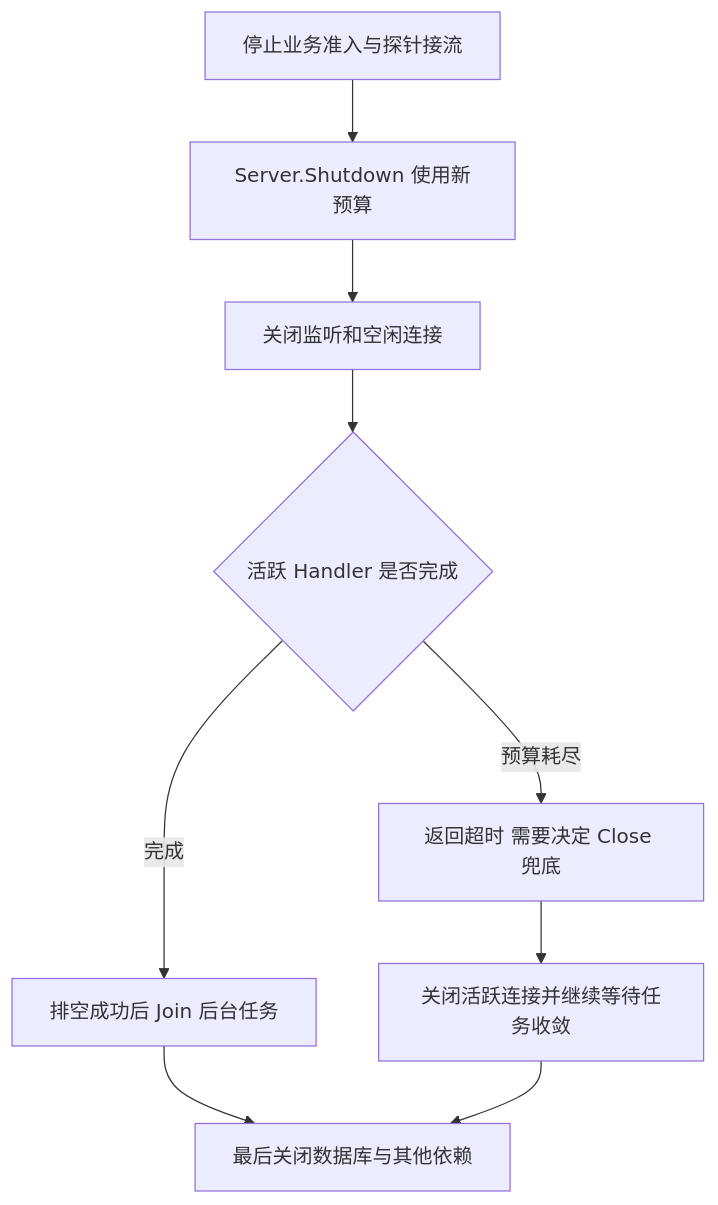
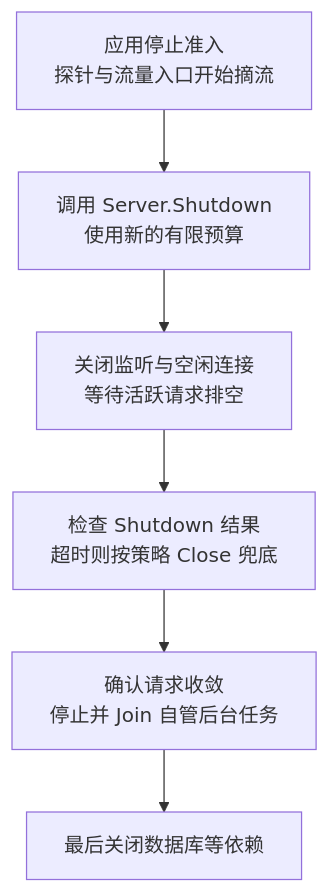
One commit to newswitch/newswitch.github.io changed the diagram in docs/development/go/03-library-io/08-HTTP服务端路由超时与退出.md. Above: the diagram before and after it, drawn with Mermaid. The commit also changed other lines of this file and 23 other files, not shown here.

Commit message:
docs(go-gin): add concept diagrams and improve mobile readability

````diff
--- a/docs/development/go/03-library-io/08-HTTP服务端路由超时与退出.md
+++ b/docs/development/go/03-library-io/08-HTTP服务端路由超时与退出.md
@@ -68,11 +68,8 @@
 ```mermaid
 flowchart TD
-    A["停止业务准入与探针接流"] --> B["Server.Shutdown 使用新预算"]
-    B --> C["关闭监听和空闲连接"]
-    C --> D{"活跃 Handler 是否完成"}
-    D -->|完成| E["排空成功后 Join 后台任务"]
-    D -->|预算耗尽| F["返回超时 需要决定 Close 兜底"]
-    F --> G["关闭活跃连接并继续等待任务收敛"]
-    E --> H["最后关闭数据库与其他依赖"]
-    G --> H
+    A["应用停止准入<br/>探针与流量入口开始摘流"] --> B["调用 Server.Shutdown<br/>使用新的有限预算"]
+    B --> C["关闭监听与空闲连接<br/>等待活跃请求排空"]
+    C --> D["检查 Shutdown 结果<br/>超时则按策略 Close 兜底"]
+    D --> E["确认请求收敛<br/>停止并 Join 自管后台任务"]
+    E --> H["最后关闭数据库等依赖"]
 ```
````
